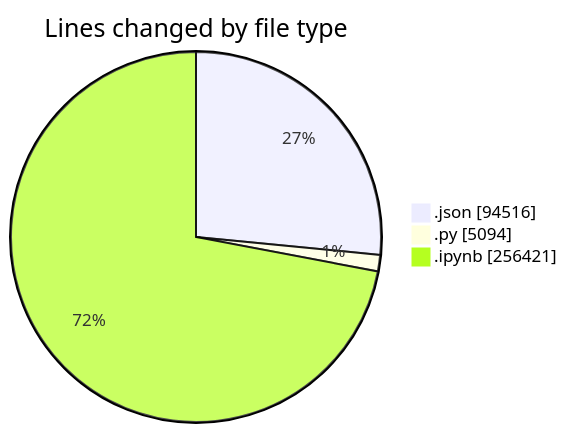
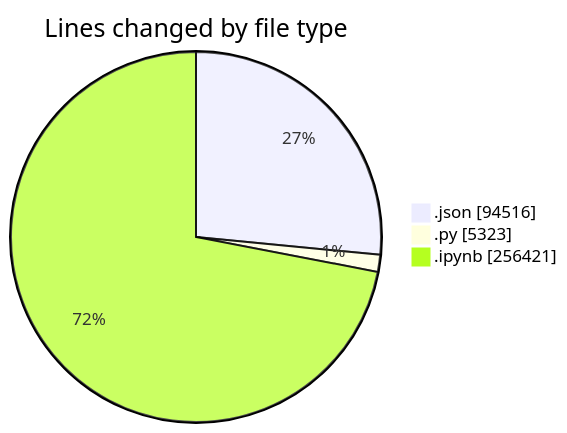
One commit to MatusMokan/code-tracking changed the first of 2 diagrams in 2025-10-04/untitled__workspace_/README.md. Above: the diagram before and after it, drawn with Mermaid. The commit also changed other lines of this file and 1 other file, not shown here.

````diff
--- a/2025-10-04/untitled__workspace_/README.md
+++ b/2025-10-04/untitled__workspace_/README.md
@@ -38,7 +38,7 @@
 ```mermaid
 pie showData
 title Lines changed by file type
 ".json" : 94516
-".py" : 5094
+".py" : 5323
 ".ipynb" : 256421
 ```
````
